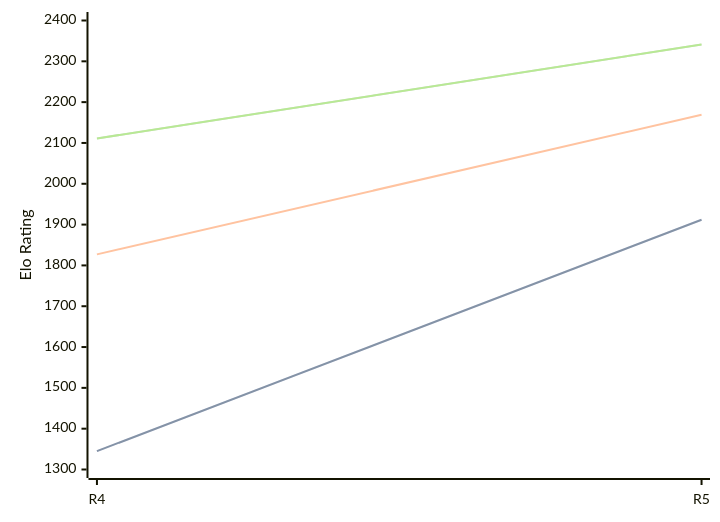
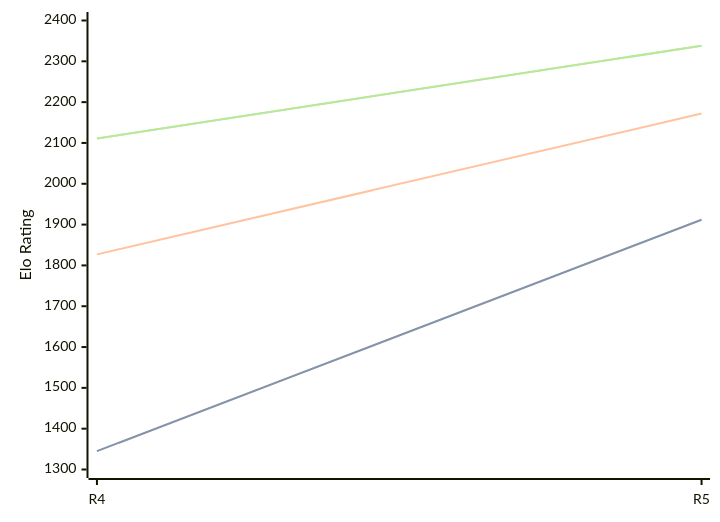
Before and after one commit to computer-chess-index/cci: the diagram in engines/Viking.md, drawn with Mermaid. The commit also changed other lines of this file, not shown here.

Commit message:
Update CCI Ratings (ELO VLTC) - 2026-08-19

````diff
--- a/engines/Viking.md
+++ b/engines/Viking.md
@@ -35,11 +35,11 @@
 ```mermaid
 %%{init: {"theme":"base","themeVariables":{"seriesColors:['#a3a3a3','#222221','#faa371']}}}%%
 xychart-beta
   x-axis ["R4", "R5"]
   y-axis "Elo Rating" 1300 --> 2400
   line "STC (8.0+0.08s)" [1345, 1912]
   line "STC (8.0+0.08s)" [1345, 1912]
-  line "LTC (60.0+0.60s)" [1827, 2169]
-  line "VLTC (2m24s+1.12s)" [2111, 2341]
-  line "VLTC (2m24s+1.12s)" [2111, 2341]
+  line "LTC (60.0+0.60s)" [1827, 2172]
+  line "VLTC (2m24s+1.12s)" [2111, 2338]
+  line "VLTC (2m24s+1.12s)" [2111, 2338]
 ```
````
